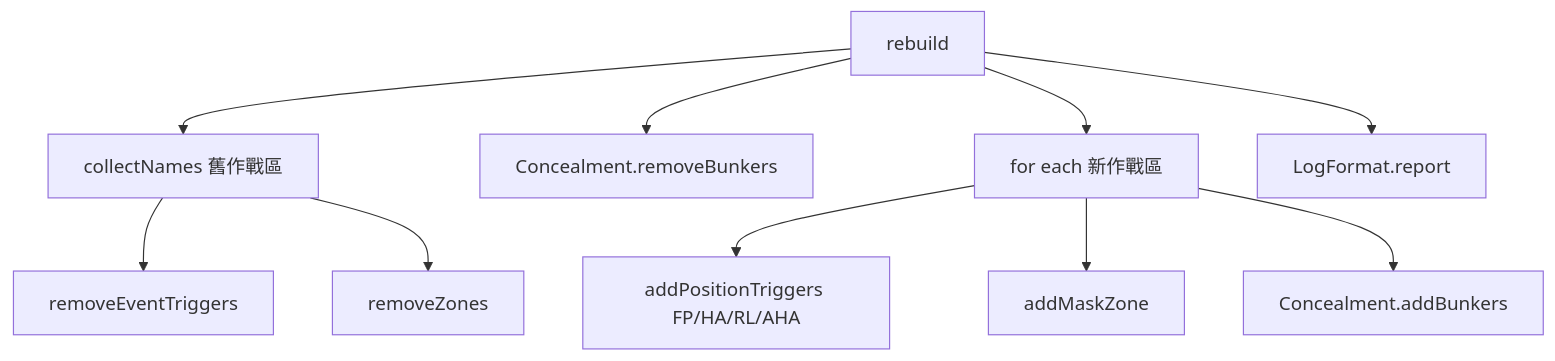
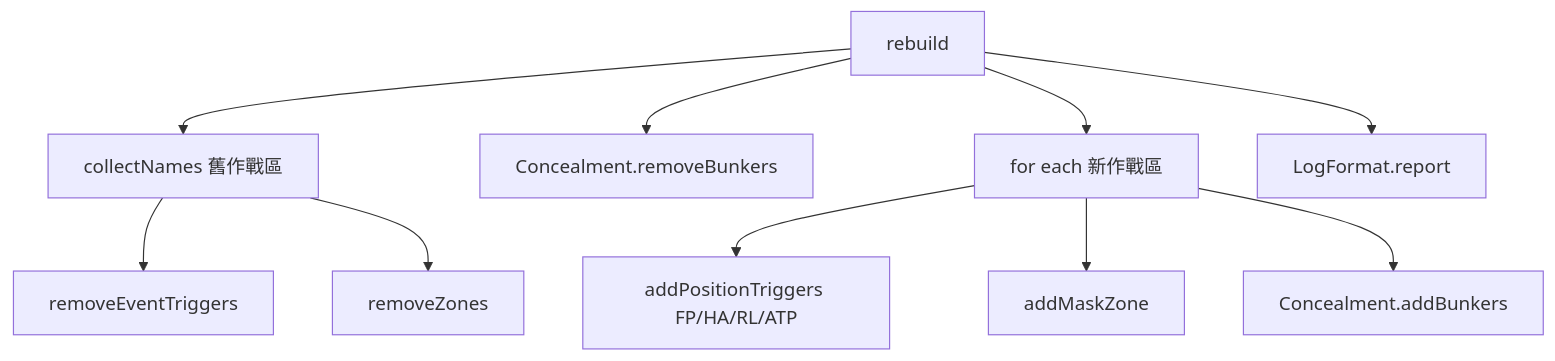
The diagram in docs/missileSystem/positionZones.md (pullupjumper/formosa-in-flames), drawn with Mermaid before and after one commit. The commit also changed 59 other files, not shown here.

First line of the commit message:
refactor(missileSystem): rename ammo holding area (AHA) to ammunition transfer point (ATP)

````diff
--- a/docs/missileSystem/positionZones.md
+++ b/docs/missileSystem/positionZones.md
@@ -17,12 +17,12 @@
 ```mermaid
 flowchart TD
     A[rebuild] --> B[collectNames 舊作戰區]
     A --> C[Concealment.removeBunkers]
     B --> D[removeEventTriggers]
     B --> E[removeZones]
     A --> F[for each 新作戰區]
-    F --> G[addPositionTriggers FP/HA/RL/AHA]
+    F --> G[addPositionTriggers FP/HA/RL/ATP]
     F --> H[addMaskZone]
     F --> I[Concealment.addBunkers]
     A --> J[LogFormat.report]
 ```
````
